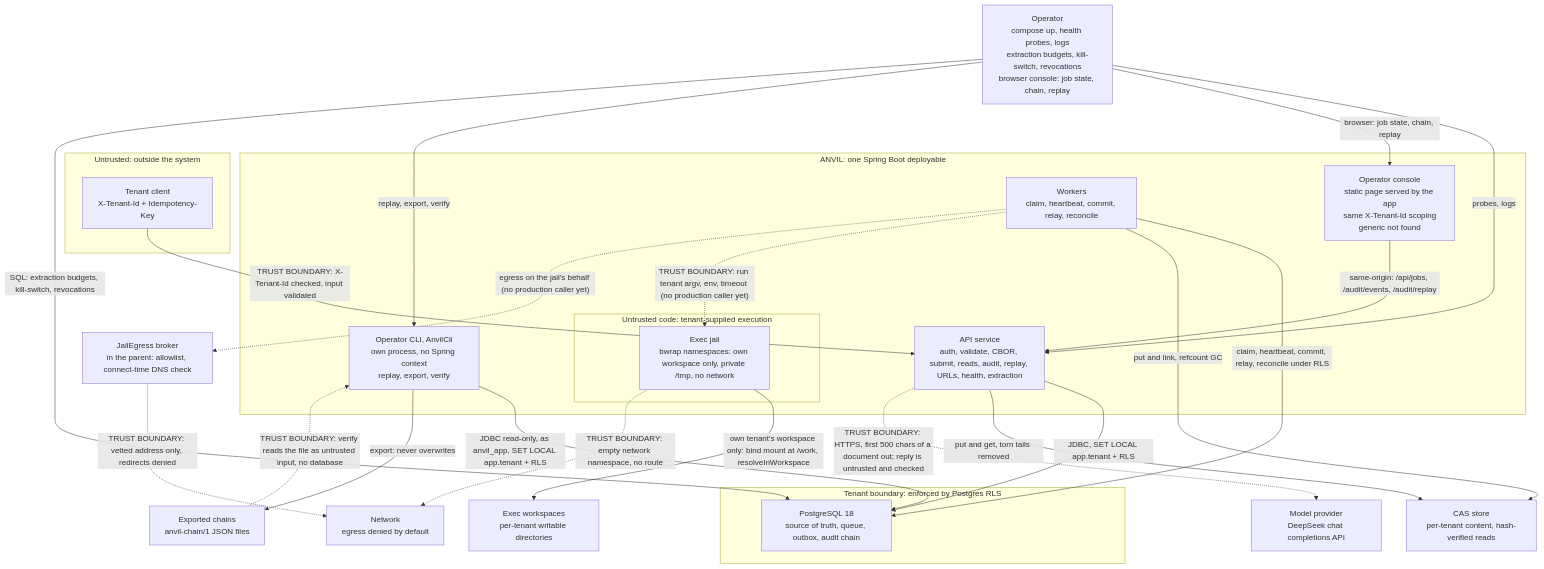
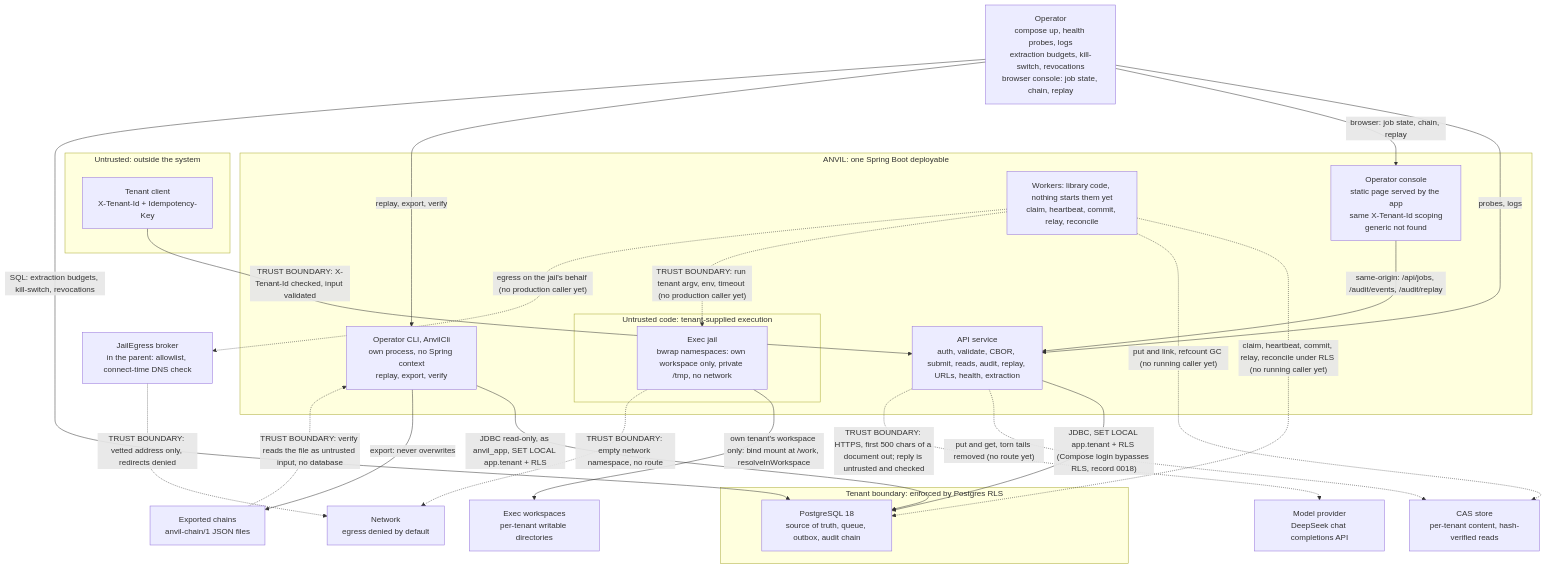
One commit to G1DO/anvil changed the diagram in docs/architecture/containers.mmd. Above: the diagram before and after it, drawn with Mermaid. The commit also changed 4 other files, not shown here.

First line of the commit message:
Show in the diagrams what runs and what doesn't

```diff
--- a/docs/architecture/containers.mmd
+++ b/docs/architecture/containers.mmd
@@ -1,42 +1,42 @@
 flowchart TB
     subgraph untrusted["Untrusted: outside the system"]
         tenantClient["Tenant client<br/>X-Tenant-Id + Idempotency-Key"]
     end
     operator["Operator<br/>compose up, health probes, logs<br/>extraction budgets, kill-switch, revocations<br/>browser console: job state, chain, replay"]
     subgraph anvil["ANVIL: one Spring Boot deployable"]
         api["API service<br/>auth, validate, CBOR, submit, reads, audit, replay, URLs, health, extraction"]
         console["Operator console<br/>static page served by the app<br/>same X-Tenant-Id scoping<br/>generic not found"]
-        workers["Workers<br/>claim, heartbeat, commit, relay, reconcile"]
+        workers["Workers: library code, nothing starts them yet<br/>claim, heartbeat, commit, relay, reconcile"]
         cli["Operator CLI, AnvilCli<br/>own process, no Spring context<br/>replay, export, verify"]
         subgraph jailZone["Untrusted code: tenant-supplied execution"]
             jail["Exec jail<br/>bwrap namespaces: own workspace only, private /tmp, no network"]
         end
     end
     subgraph tenantData["Tenant boundary: enforced by Postgres RLS"]
         postgres["PostgreSQL 18<br/>source of truth, queue, outbox, audit chain"]
     end
     casStore["CAS store<br/>per-tenant content, hash-verified reads"]
     execWorkspaces["Exec workspaces<br/>per-tenant writable directories"]
     network["Network<br/>egress denied by default"]
     llm["Model provider<br/>DeepSeek chat completions API"]
     exports["Exported chains<br/>anvil-chain/1 JSON files"]
     broker["JailEgress broker<br/>in the parent: allowlist, connect-time DNS check"]
     tenantClient -->|"TRUST BOUNDARY: X-Tenant-Id checked, input validated"| api
     operator -->|probes, logs| api
     operator -->|"browser: job state, chain, replay"| console
     console -->|"same-origin: /api/jobs, /audit/events, /audit/replay"| api
     operator -->|"replay, export, verify"| cli
     cli -->|"JDBC read-only, as anvil_app, SET LOCAL app.tenant + RLS"| postgres
     cli -->|"export: never overwrites"| exports
     exports -.->|"TRUST BOUNDARY: verify reads the file as untrusted input, no database"| cli
     operator -->|"SQL: extraction budgets, kill-switch, revocations"| postgres
-    api -->|"JDBC, SET LOCAL app.tenant + RLS"| postgres
-    workers -->|"claim, heartbeat, commit, relay, reconcile under RLS"| postgres
-    api -->|put and get, torn tails removed| casStore
+    api -->|"JDBC, SET LOCAL app.tenant + RLS (Compose login bypasses RLS, record 0018)"| postgres
+    workers -.->|"claim, heartbeat, commit, relay, reconcile under RLS (no running caller yet)"| postgres
+    api -.->|"put and get, torn tails removed (no route yet)"| casStore
     api -.->|"TRUST BOUNDARY: HTTPS, first 500 chars of a document out; reply is untrusted and checked"| llm
-    workers -->|put and link, refcount GC| casStore
+    workers -.->|"put and link, refcount GC (no running caller yet)"| casStore
     workers -.->|"TRUST BOUNDARY: run tenant argv, env, timeout (no production caller yet)"| jail
     jail -->|"own tenant's workspace only: bind mount at /work, resolveInWorkspace"| execWorkspaces
     jail -.->|"TRUST BOUNDARY: empty network namespace, no route"| network
     workers -.->|"egress on the jail's behalf (no production caller yet)"| broker
     broker -.->|"TRUST BOUNDARY: vetted address only, redirects denied"| network
```
